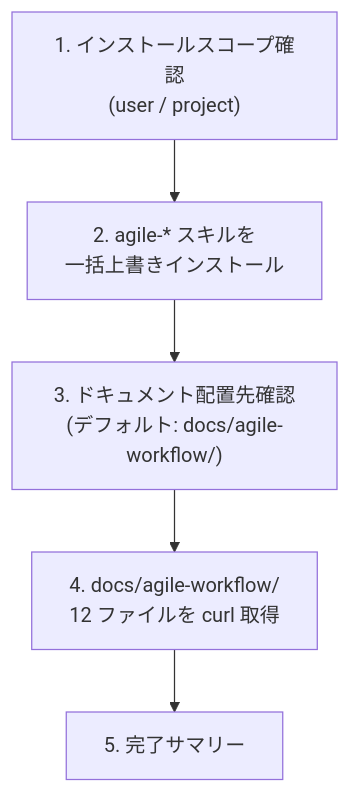
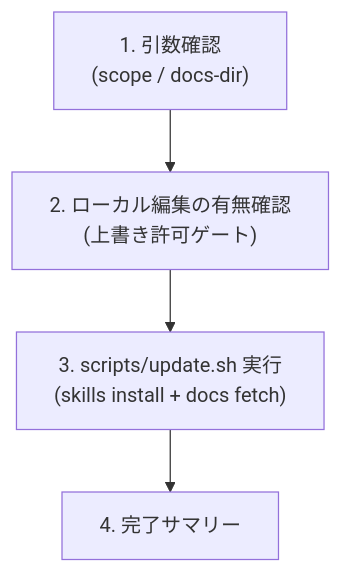
Before and after one commit to mrtry-lab/skills: the diagram in skills/agile-update-skills/SKILL.md, drawn with Mermaid. The commit also changed other lines of this file and 2 other files, not shown here.

First line of the commit message:
refactor(agile-update-skills): move bulk update logic into scripts/update.sh

````diff
--- a/skills/agile-update-skills/SKILL.md
+++ b/skills/agile-update-skills/SKILL.md
@@ -23,10 +23,9 @@
 ```mermaid
 flowchart TB
-  scope["1. インストールスコープ確認\n(user / project)"]
-  install["2. agile-* スキルを\n一括上書きインストール"]
-  docs_dir["3. ドキュメント配置先確認\n(デフォルト: docs/agile-workflow/)"]
-  fetch["4. docs/agile-workflow/\n12 ファイルを curl 取得"]
-  summary["5. 完了サマリー"]
+  args["1. 引数確認\n(scope / docs-dir)"]
+  warn["2. ローカル編集の有無確認\n(上書き許可ゲート)"]
+  run["3. scripts/update.sh 実行\n(skills install + docs fetch)"]
+  summary["4. 完了サマリー"]
 
-  scope --> install --> docs_dir --> fetch --> summary
+  args --> warn --> run --> summary
 ```
````
